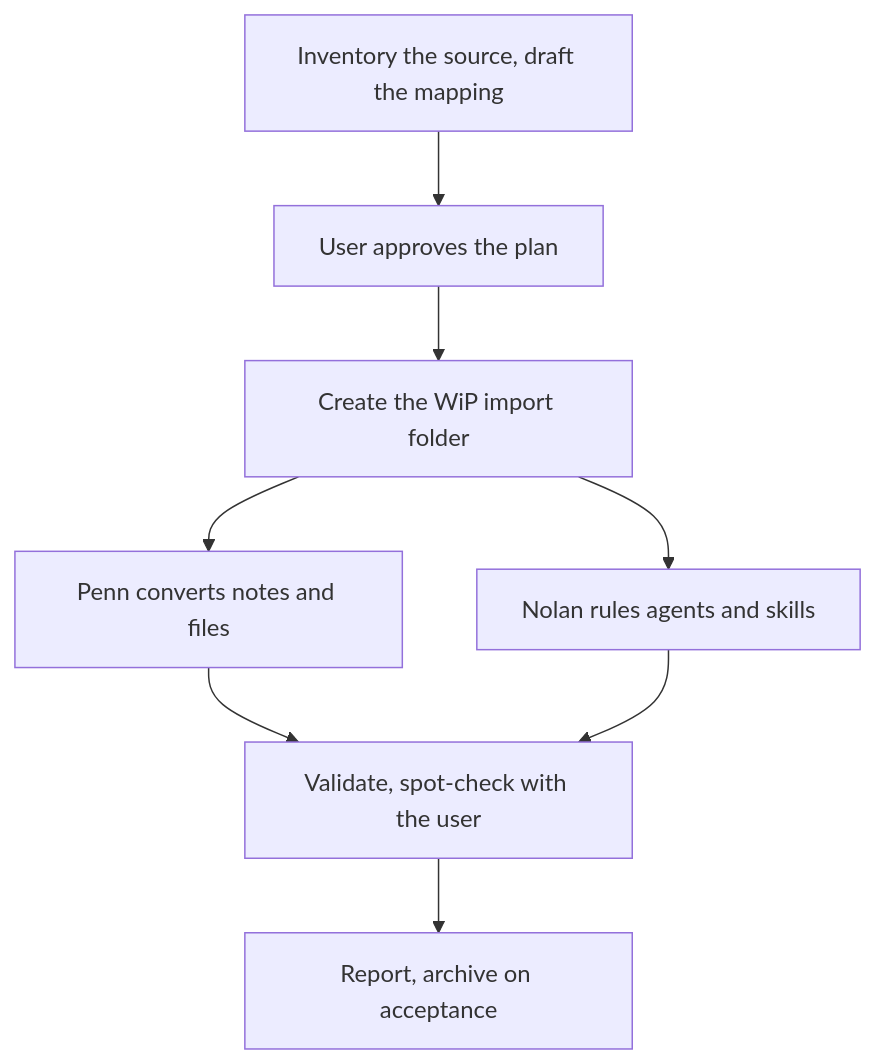
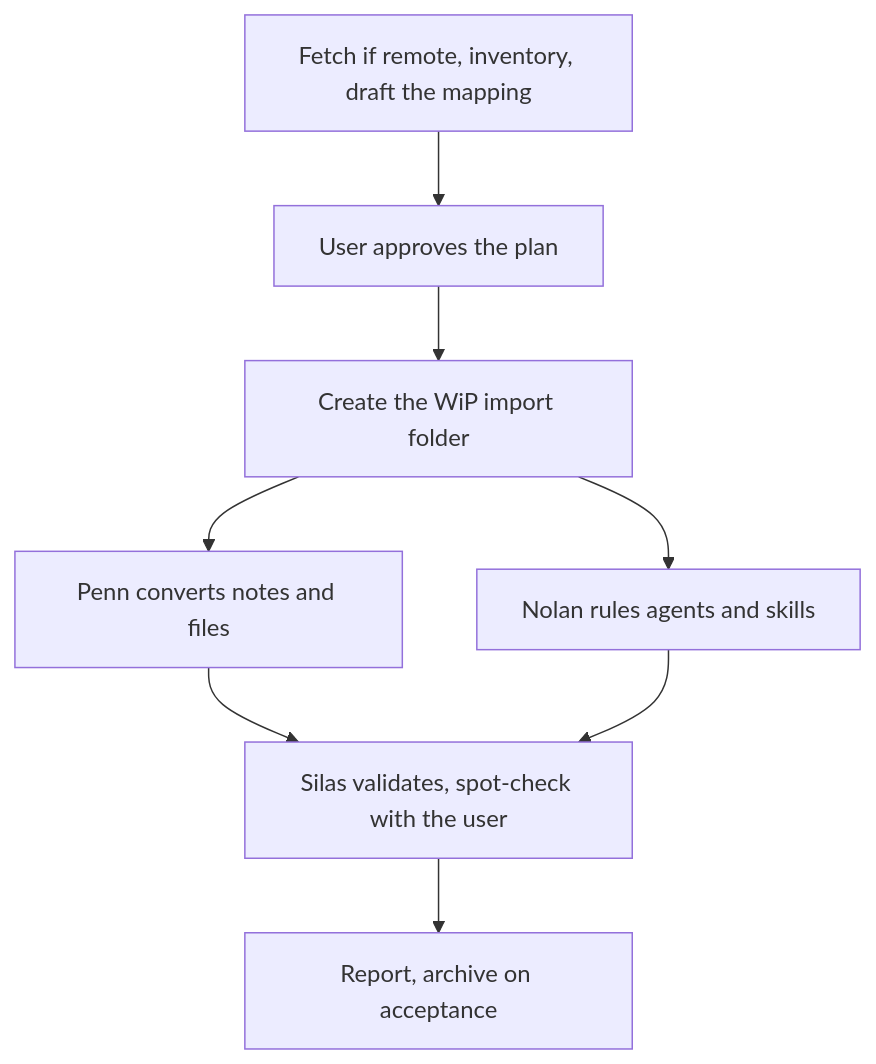
One commit to TomSolid/icor-for-life-scaffold changed the diagram in 06 AI Team/AI Team Knowledge/Workstreams/WS-1004-import-and-convert-external-knowledge.md. Above: the diagram before and after it, drawn with Mermaid. The commit also changed other lines of this file and 26 other files, not shown here.

````diff
--- a/06 AI Team/AI Team Knowledge/Workstreams/WS-1004-import-and-convert-external-knowledge.md
+++ b/06 AI Team/AI Team Knowledge/Workstreams/WS-1004-import-and-convert-external-knowledge.md
@@ -18,10 +18,10 @@
 ```mermaid
 flowchart TD
-    A["Inventory the source, draft the mapping"] --> B["User approves the plan"]
+    A["Fetch if remote, inventory, draft the mapping"] --> B["User approves the plan"]
     B --> C["Create the WiP import folder"]
     C --> D["Penn converts notes and files"]
     C --> E["Nolan rules agents and skills"]
-    D --> F["Validate, spot-check with the user"]
+    D --> F["Silas validates, spot-check with the user"]
     E --> F
     F --> G["Report, archive on acceptance"]
 ```
````
